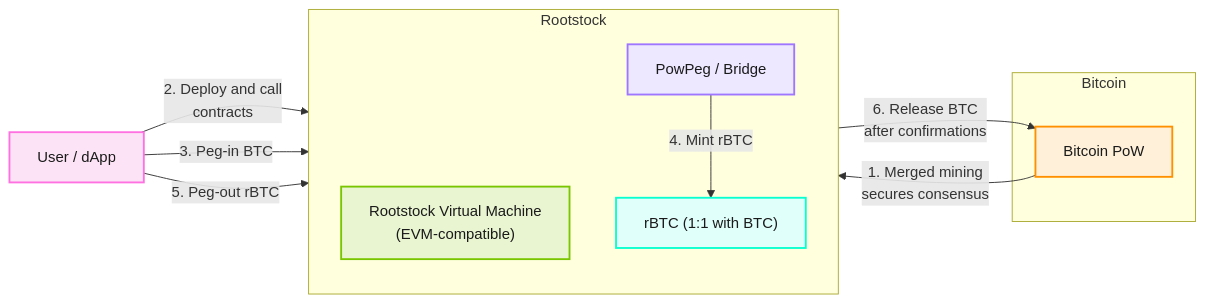
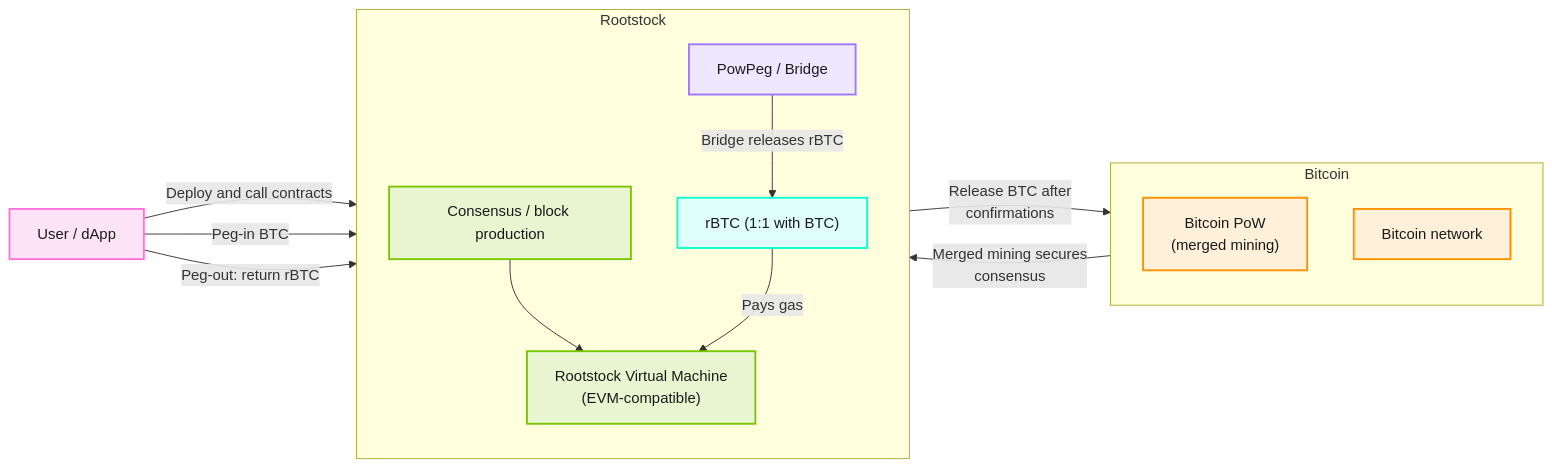
Before and after one commit to rsksmart/devportal: the diagram in docs/02-developers/03-blockchain-essentials/03-rootstock-essentials/01-rootstock-architecture.md, drawn with Mermaid. The commit also changed other lines of this file and 6 other files, not shown here.

First line of the commit message:
docs: apply Architecture feedback to Atlas, Stack, PowPeg, and related diagrams

````diff
--- a/docs/02-developers/03-blockchain-essentials/03-rootstock-essentials/01-rootstock-architecture.md
+++ b/docs/02-developers/03-blockchain-essentials/03-rootstock-essentials/01-rootstock-architecture.md
@@ -35,34 +35,39 @@
 ```mermaid
 flowchart LR
   User["User / dApp"]
 
   subgraph Bitcoin["Bitcoin"]
-    BTC["Bitcoin PoW"]
+    direction TB
+    PoW["Bitcoin PoW<br/>(merged mining)"]
+    BTCNet["Bitcoin network"]
   end
 
   subgraph Rootstock["Rootstock"]
     direction TB
+    Consensus["Consensus / block production"]
     RVM["Rootstock Virtual Machine<br/>(EVM-compatible)"]
     Peg["PowPeg / Bridge"]
     rBTC["rBTC (1:1 with BTC)"]
   end
 
-  BTC -->|"1. Merged mining<br/>secures consensus"| RVM
-  User -->|"2. Deploy and call<br/>contracts"| RVM
-  User -->|"3. Peg-in BTC"| Peg
-  Peg -->|"4. Mint rBTC"| rBTC
-  User -->|"5. Peg-out rBTC"| Peg
-  Peg -->|"6. Release BTC<br/>after confirmations"| BTC
+  PoW -->|"Merged mining secures<br/>consensus"| Consensus
+  Consensus --> RVM
+  User -->|"Deploy and call contracts"| RVM
+  rBTC -->|"Pays gas"| RVM
+  User -->|"Peg-in BTC"| Peg
+  Peg -->|"Bridge releases rBTC"| rBTC
+  User -->|"Peg-out: return rBTC"| Peg
+  Peg -->|"Release BTC after<br/>confirmations"| BTCNet
 
   classDef user fill:#FCE4F6,stroke:#FF71E1,stroke-width:2px,color:#1a1a1a
   classDef btc fill:#FFF0D9,stroke:#FF9100,stroke-width:2px,color:#1a1a1a
   classDef rsk fill:#E8F5D0,stroke:#79C600,stroke-width:2px,color:#1a1a1a
   classDef peg fill:#EDE7FF,stroke:#9E76FF,stroke-width:2px,color:#1a1a1a
   classDef token fill:#E0FFFA,stroke:#08FFD0,stroke-width:2px,color:#1a1a1a
 
   class User user
-  class BTC btc
-  class RVM rsk
+  class PoW,BTCNet btc
+  class Consensus,RVM rsk
   class Peg peg
   class rBTC token
 ```
````
